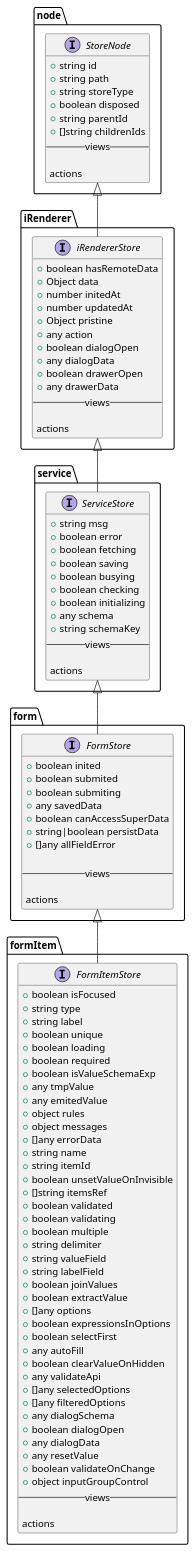
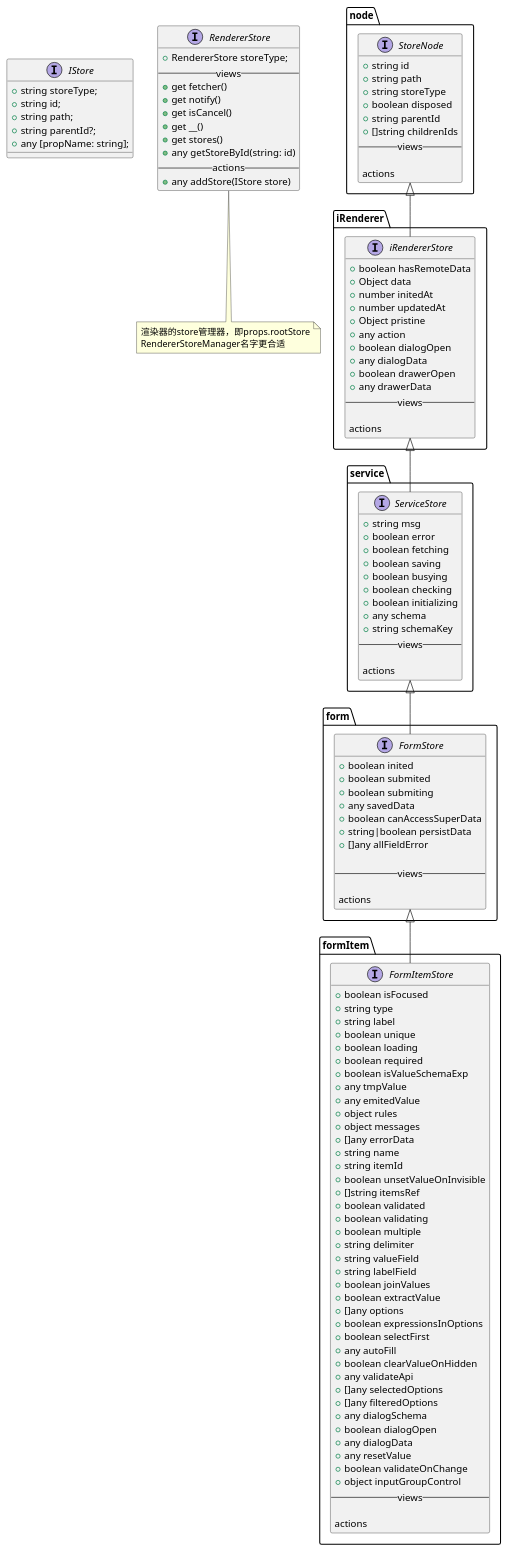
One commit to TigerWFH/webapp changed the diagram in doc/专业知识/amis/store-design.wsd. Above: the diagram before and after it, drawn with PlantUML. The commit also changed 1 other file, not shown here.

```diff
--- a/doc/专业知识/amis/store-design.wsd
+++ b/doc/专业知识/amis/store-design.wsd
@@ -1,112 +1,137 @@
 @startuml amis store设计
+
+interface IStore {
+    + string storeType;
+    + string id;
+    + string path;
+    + string parentId?;
+    + any [propName: string];
+}
+
+interface RendererStore {
+    + RendererStore storeType;
+    --views--
+    + get fetcher()
+    + get notify()
+    + get isCancel()
+    + get __()
+    + get stores()
+    + any getStoreById(string: id)
+    --actions--
+    + any addStore(IStore store)
+}
+note bottom
+    渲染器的store管理器，即props.rootStore
+    RendererStoreManager名字更合适
+end note
 
 interface node.StoreNode {
     + string id
     + string path
     + string storeType
     + boolean disposed
     + string parentId
     + []string childrenIds
     --views--
     
     --actions-- 
 }
 
 node.StoreNode <|-- iRenderer.iRendererStore
 
 interface iRenderer.iRendererStore {
     + boolean hasRemoteData
     + Object data
     + number initedAt
     + number updatedAt
     + Object pristine
     + any action
     + boolean dialogOpen
     + any dialogData
     + boolean drawerOpen
     + any drawerData
     --views--
     
     --actions-- 
 }
 
 iRenderer.iRendererStore <|-- service.ServiceStore
 interface service.ServiceStore {
     + string msg
     + boolean error
     + boolean fetching
     + boolean saving
     + boolean busying
     + boolean checking
     + boolean initializing
     + any schema
     + string schemaKey
     --views--
 
     --actions-- 
 }
 
 service.ServiceStore <|-- form.FormStore
 interface form.FormStore {
     + boolean inited
     + boolean submited
     + boolean submiting
     + any savedData
     + boolean canAccessSuperData
     + string|boolean persistData
     + []any allFieldError
 
     --views--
 
     --actions-- 
 }
 
 form.FormStore <|-- formItem.FormItemStore
 interface formItem.FormItemStore {
     + boolean isFocused
     + string type
     + string label
     + boolean unique
     + boolean loading
     + boolean required
     + boolean isValueSchemaExp
     + any tmpValue
     + any emitedValue
     + object rules
     + object messages
     + []any errorData
     + string name
     + string itemId
     + boolean unsetValueOnInvisible
     + []string itemsRef
     + boolean validated
     + boolean validating
     + boolean multiple
     + string delimiter
     + string valueField
     + string labelField
     + boolean joinValues
     + boolean extractValue
     + []any options
     + boolean expressionsInOptions
     + boolean selectFirst
     + any autoFill
     + boolean clearValueOnHidden
     + any validateApi
     + []any selectedOptions
     + []any filteredOptions
     + any dialogSchema
     + boolean dialogOpen
     + any dialogData
     + any resetValue
     + boolean validateOnChange
     + object inputGroupControl
     --views--
     
     --actions-- 
 }
 
 
 
 
 @enduml
```
